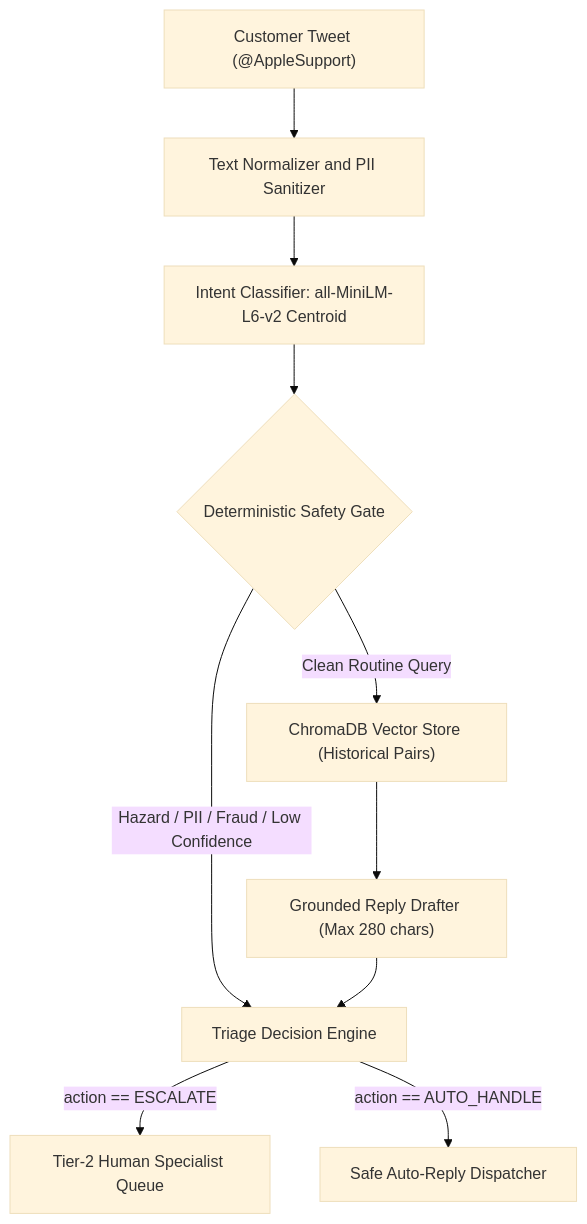
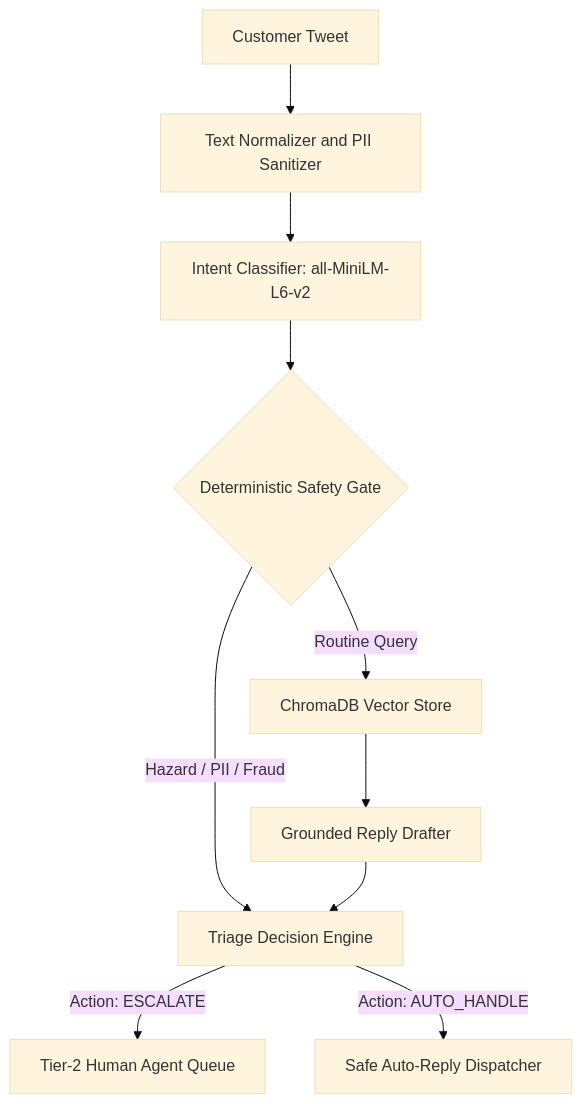
The second of 5 diagrams in README.md (nanthitha25/hiver_assignment), drawn with Mermaid (base theme) before and after one commit. The commit also changed other lines of this file, not shown here.

Commit message:
docs: use clean and simple Mermaid blocks for all diagrams without external images or HTML

````diff
--- a/README.md
+++ b/README.md
@@ -130,12 +116,12 @@
 ```mermaid
 flowchart TD
-    CT["Customer Tweet (@AppleSupport)"] --> Pre["Text Normalizer and PII Sanitizer"]
-    Pre --> IC["Intent Classifier: all-MiniLM-L6-v2 Centroid"]
-    IC --> Safety{"Deterministic Safety Gate"}
-    Safety -->|"Hazard / PII / Fraud / Low Confidence"| Triage["Triage Decision Engine"]
-    Safety -->|"Clean Routine Query"| RAG["ChromaDB Vector Store (Historical Pairs)"]
-    RAG --> Drafter["Grounded Reply Drafter (Max 280 chars)"]
-    Drafter --> Triage
-    Triage -->|"action == ESCALATE"| HumanQueue["Tier-2 Human Specialist Queue"]
-    Triage -->|"action == AUTO_HANDLE"| AutoReply["Safe Auto-Reply Dispatcher"]
+    A[Customer Tweet] --> B[Text Normalizer and PII Sanitizer]
+    B --> C[Intent Classifier: all-MiniLM-L6-v2]
+    C --> D{Deterministic Safety Gate}
+    D -->|Hazard / PII / Fraud| E[Triage Decision Engine]
+    D -->|Routine Query| F[ChromaDB Vector Store]
+    F --> G[Grounded Reply Drafter]
+    G --> E
+    E -->|Action: ESCALATE| H[Tier-2 Human Agent Queue]
+    E -->|Action: AUTO_HANDLE| I[Safe Auto-Reply Dispatcher]
 ```
````
